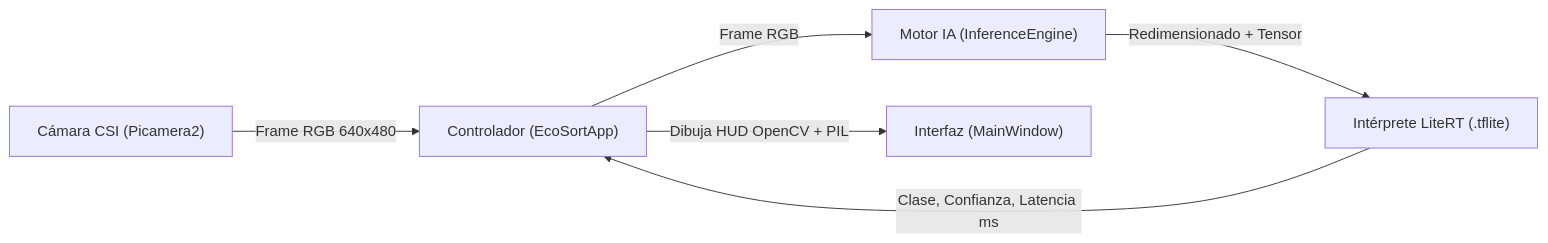
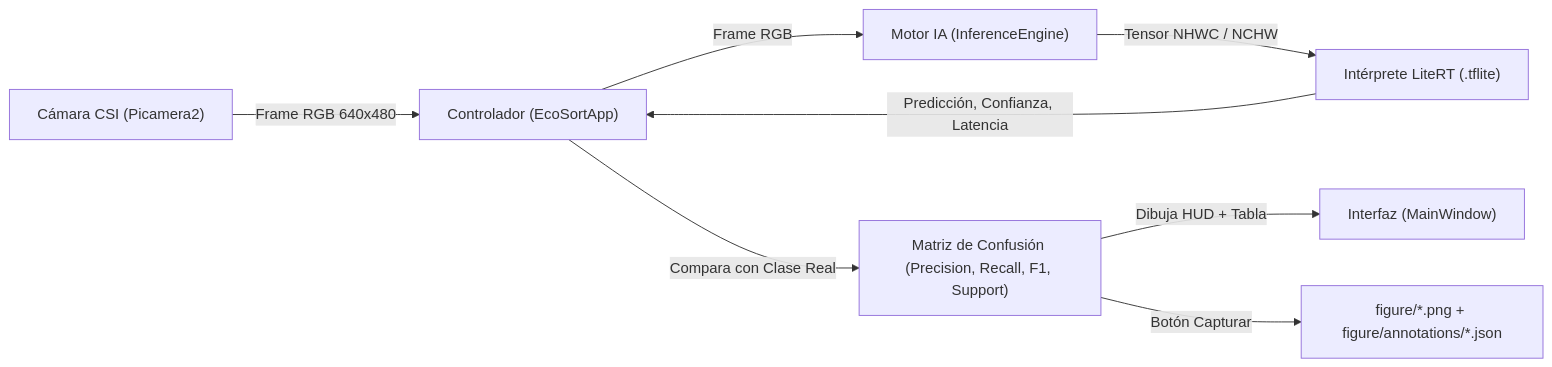
One commit to LordAguaKate/PruebaModelos changed the diagram in README.md. Above: the diagram before and after it, drawn with Mermaid. The commit also changed other lines of this file, not shown here.

````diff
--- a/README.md
+++ b/README.md
@@ -76,8 +90,10 @@
 ```mermaid
 flowchart LR
     A["Cámara CSI (Picamera2)"] -->|Frame RGB 640x480| B["Controlador (EcoSortApp)"]
     B -->|Frame RGB| C["Motor IA (InferenceEngine)"]
-    C -->|Redimensionado + Tensor| D["Intérprete LiteRT (.tflite)"]
-    D -->|Clase, Confianza, Latencia ms| B
-    B -->|Dibuja HUD OpenCV + PIL| E["Interfaz (MainWindow)"]
+    C -->|Tensor NHWC / NCHW| D["Intérprete LiteRT (.tflite)"]
+    D -->|Predicción, Confianza, Latencia| B
+    B -->|Compara con Clase Real| E["Matriz de Confusión (Precision, Recall, F1, Support)"]
+    E -->|Dibuja HUD + Tabla| F["Interfaz (MainWindow)"]
+    E -->|Botón Capturar| G["figure/*.png + figure/annotations/*.json"]
 ```
````
